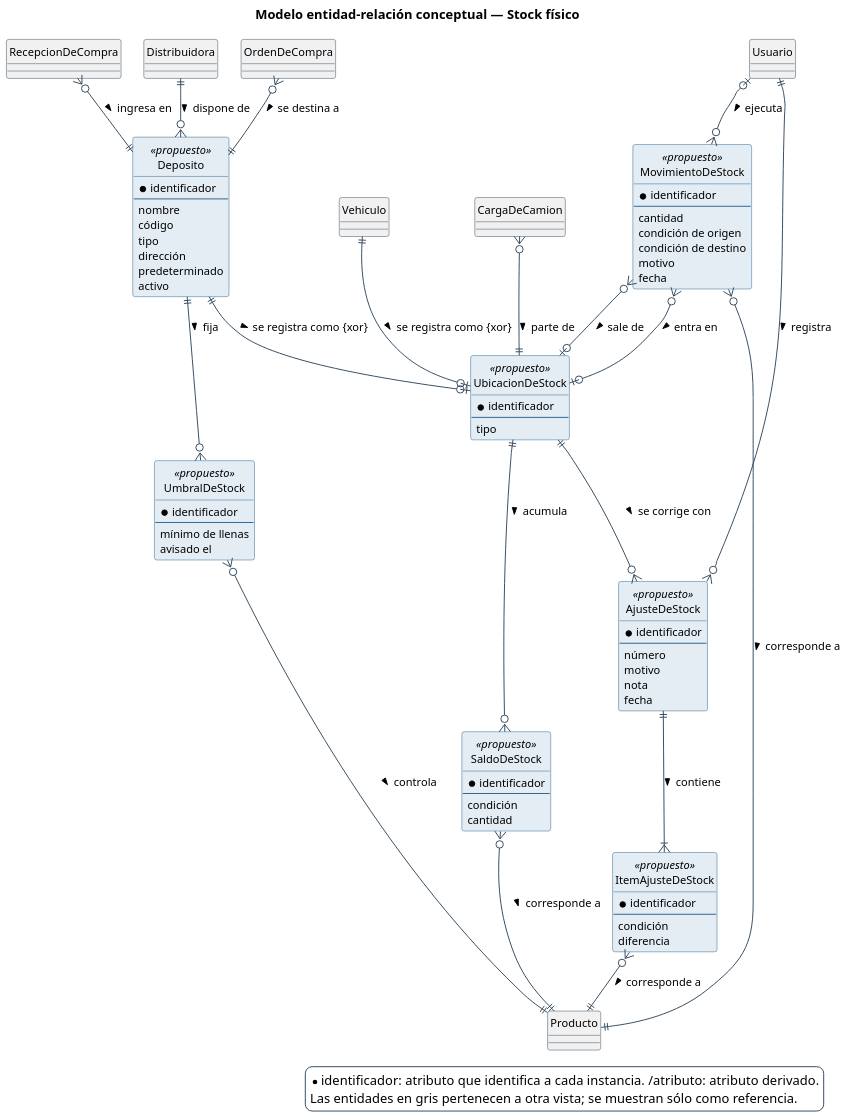
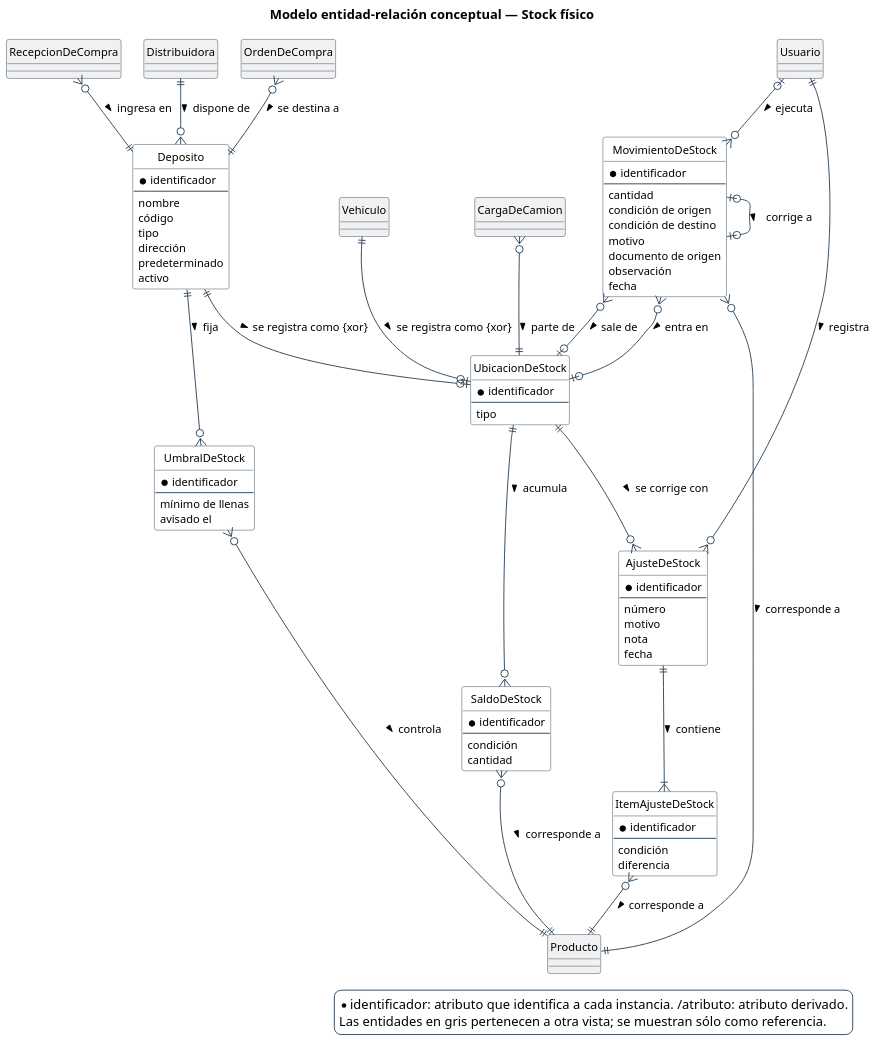
One commit to Nahuelito-Dev/splg-docs changed the diagram in diagramas/base-de-datos/conceptual/SPLG-der-09-stock-fisico.puml. Above: the diagram before and after it, drawn with PlantUML. The commit also changed 298 other files, not shown here.

```diff
--- a/diagramas/base-de-datos/conceptual/SPLG-der-09-stock-fisico.puml
+++ b/diagramas/base-de-datos/conceptual/SPLG-der-09-stock-fisico.puml
@@ -1,123 +1,126 @@
 @startuml
 title Modelo entidad-relación conceptual — Stock físico
 skinparam backgroundColor #FFFFFF
 skinparam shadowing false
 skinparam defaultFontName Helvetica
 skinparam defaultFontSize 12
 skinparam dpi 150
 skinparam class {
   BorderColor #2C4257
   BackgroundColor #FFFFFF
   ArrowColor #2C4257
   FontSize 12
 }
 skinparam entity<<ajena>> {
   BackgroundColor #F1F1F1
   BorderColor #8A97A3
   FontColor #55616C
 }
 skinparam class<<propuesto>> {
   BorderColor #1F5E8C
   BackgroundColor #E4EDF4
 }
 skinparam entity<<propuesto>> {
   BorderColor #1F5E8C
   BackgroundColor #E4EDF4
 }
 skinparam legendBackgroundColor #FFFFFF
 skinparam legendBorderColor #2C4257
 
 hide circle
 
 skinparam nodesep 25
 skinparam ranksep 45
 
-entity Deposito <<propuesto>> #E4EDF4;line:1F5E8C {
+entity Deposito {
   * identificador
   --
   {field} nombre
   {field} código
   {field} tipo
   {field} dirección
   {field} predeterminado
   {field} activo
 }
-entity UbicacionDeStock <<propuesto>> #E4EDF4;line:1F5E8C {
+entity UbicacionDeStock {
   * identificador
   --
   {field} tipo
 }
-entity SaldoDeStock <<propuesto>> #E4EDF4;line:1F5E8C {
+entity SaldoDeStock {
   * identificador
   --
   {field} condición
   {field} cantidad
 }
-entity MovimientoDeStock <<propuesto>> #E4EDF4;line:1F5E8C {
+entity MovimientoDeStock {
   * identificador
   --
   {field} cantidad
   {field} condición de origen
   {field} condición de destino
   {field} motivo
+  {field} documento de origen
+  {field} observación
   {field} fecha
 }
-entity UmbralDeStock <<propuesto>> #E4EDF4;line:1F5E8C {
+entity UmbralDeStock {
   * identificador
   --
   {field} mínimo de llenas
   {field} avisado el
 }
-entity AjusteDeStock <<propuesto>> #E4EDF4;line:1F5E8C {
+entity AjusteDeStock {
   * identificador
   --
   {field} número
   {field} motivo
   {field} nota
   {field} fecha
 }
-entity ItemAjusteDeStock <<propuesto>> #E4EDF4;line:1F5E8C {
+entity ItemAjusteDeStock {
   * identificador
   --
   {field} condición
   {field} diferencia
 }
 entity Producto #F1F1F1 {
 }
 entity Vehiculo #F1F1F1 {
 }
 entity Usuario #F1F1F1 {
 }
 entity Distribuidora #F1F1F1 {
 }
 entity OrdenDeCompra #F1F1F1 {
 }
 entity RecepcionDeCompra #F1F1F1 {
 }
 entity CargaDeCamion #F1F1F1 {
 }
 
 Distribuidora ||--o{ Deposito : dispone de >
 OrdenDeCompra }o--|| Deposito : se destina a >
+UmbralDeStock }o--|| Producto : controla >
 Deposito ||--o{ UmbralDeStock : fija >
-UmbralDeStock }o--|| Producto : controla >
 RecepcionDeCompra }o--|| Deposito : ingresa en >
+Vehiculo ||--o| UbicacionDeStock : se registra como {xor} >
 Deposito ||--o| UbicacionDeStock : se registra como {xor} >
-Vehiculo ||--o| UbicacionDeStock : se registra como {xor} >
+Usuario ||--o{ AjusteDeStock : registra >
 UbicacionDeStock ||--o{ AjusteDeStock : se corrige con >
-Usuario ||--o{ AjusteDeStock : registra >
+SaldoDeStock }o--|| Producto : corresponde a >
 UbicacionDeStock ||--o{ SaldoDeStock : acumula >
-SaldoDeStock }o--|| Producto : corresponde a >
+Usuario |o--o{ MovimientoDeStock : ejecuta >
+MovimientoDeStock }o--o| UbicacionDeStock : sale de >
 MovimientoDeStock }o--|| Producto : corresponde a >
-MovimientoDeStock }o--o| UbicacionDeStock : sale de >
+MovimientoDeStock |o--o| MovimientoDeStock : corrige a >
 MovimientoDeStock }o--o| UbicacionDeStock : entra en >
-Usuario |o--o{ MovimientoDeStock : ejecuta >
 CargaDeCamion }o--|| UbicacionDeStock : parte de >
 AjusteDeStock ||--|{ ItemAjusteDeStock : contiene >
 ItemAjusteDeStock }o--|| Producto : corresponde a >
 
 legend bottom right
   * identificador: atributo que identifica a cada instancia.  /atributo: atributo derivado.
   Las entidades en gris pertenecen a otra vista; se muestran sólo como referencia.
 endlegend
 @enduml
```
